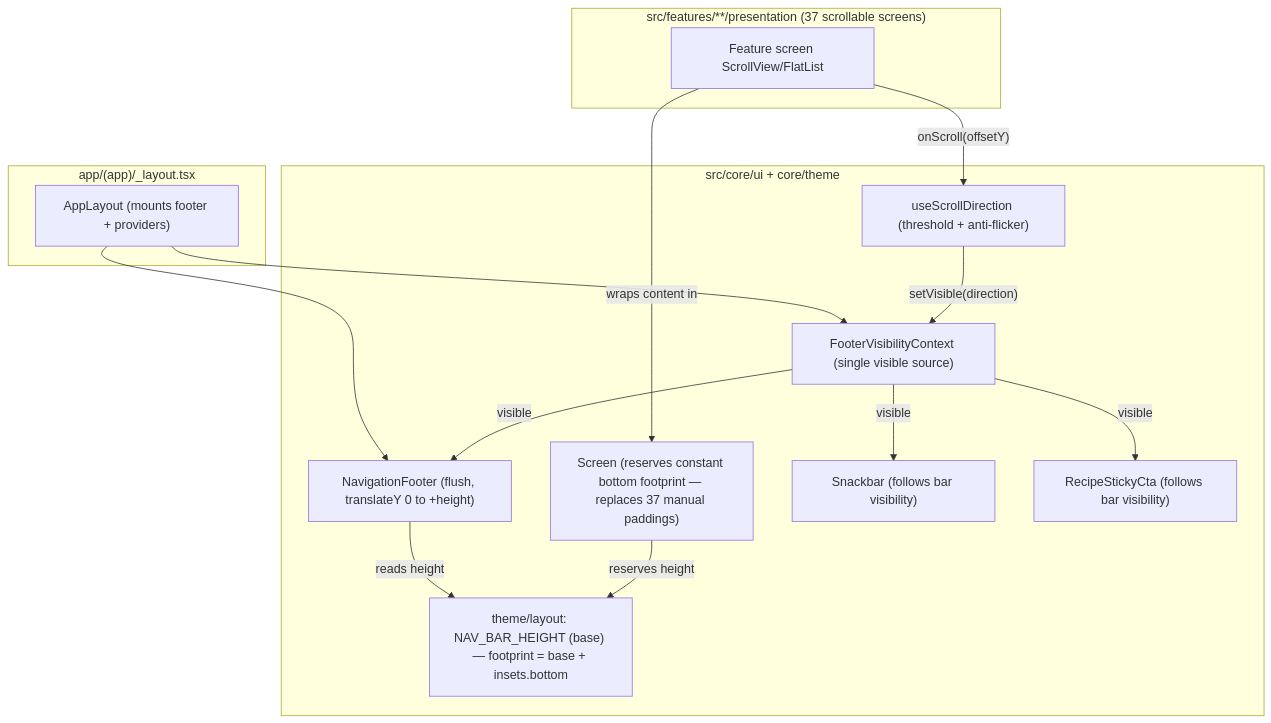
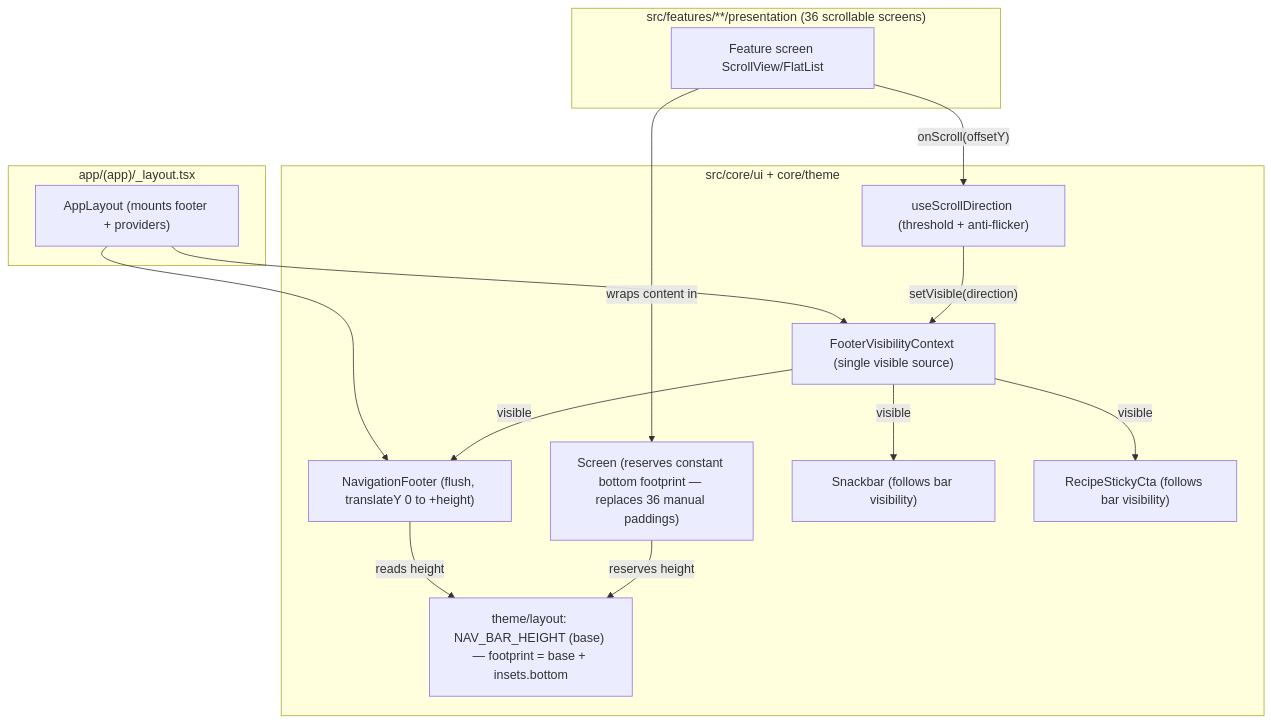
One commit to benoit-bremaud/brasse-bouillon changed the diagram in docs/architecture/diagrams/footer-nav-redesign/01-component.md. Above: the diagram before and after it, drawn with Mermaid. The commit also changed other lines of this file and 2 other files, not shown here.

First line of the commit message:
docs(footer-nav/architecture): refresh counts after the shop collapse (#1444)

````diff
--- a/docs/architecture/diagrams/footer-nav-redesign/01-component.md
+++ b/docs/architecture/diagrams/footer-nav-redesign/01-component.md
@@ -16,31 +16,31 @@
 ```mermaid
 flowchart TD
   subgraph app ["app/(app)/_layout.tsx"]
     Layout["AppLayout (mounts footer + providers)"]
   end
 
   subgraph core ["src/core/ui + core/theme"]
-    Screen["Screen (reserves constant bottom footprint — replaces 37 manual paddings)"]
+    Screen["Screen (reserves constant bottom footprint — replaces 36 manual paddings)"]
     UseScroll["useScrollDirection (threshold + anti-flicker)"]
     VisCtx["FooterVisibilityContext (single visible source)"]
     Footer["NavigationFooter (flush, translateY 0 to +height)"]
     Snack["Snackbar (follows bar visibility)"]
     Cta["RecipeStickyCta (follows bar visibility)"]
     Tokens["theme/layout: NAV_BAR_HEIGHT (base) — footprint = base + insets.bottom"]
   end
 
-  subgraph features ["src/features/**/presentation (37 scrollable screens)"]
+  subgraph features ["src/features/**/presentation (36 scrollable screens)"]
     ScreenN["Feature screen ScrollView/FlatList"]
   end
 
   Layout --> VisCtx
   Layout --> Footer
   ScreenN -->|"wraps content in"| Screen
   ScreenN -->|"onScroll(offsetY)"| UseScroll
   UseScroll -->|"setVisible(direction)"| VisCtx
   VisCtx -->|"visible"| Footer
   VisCtx -->|"visible"| Snack
   VisCtx -->|"visible"| Cta
   Footer -->|"reads height"| Tokens
   Screen -->|"reserves height"| Tokens
 ```
````
